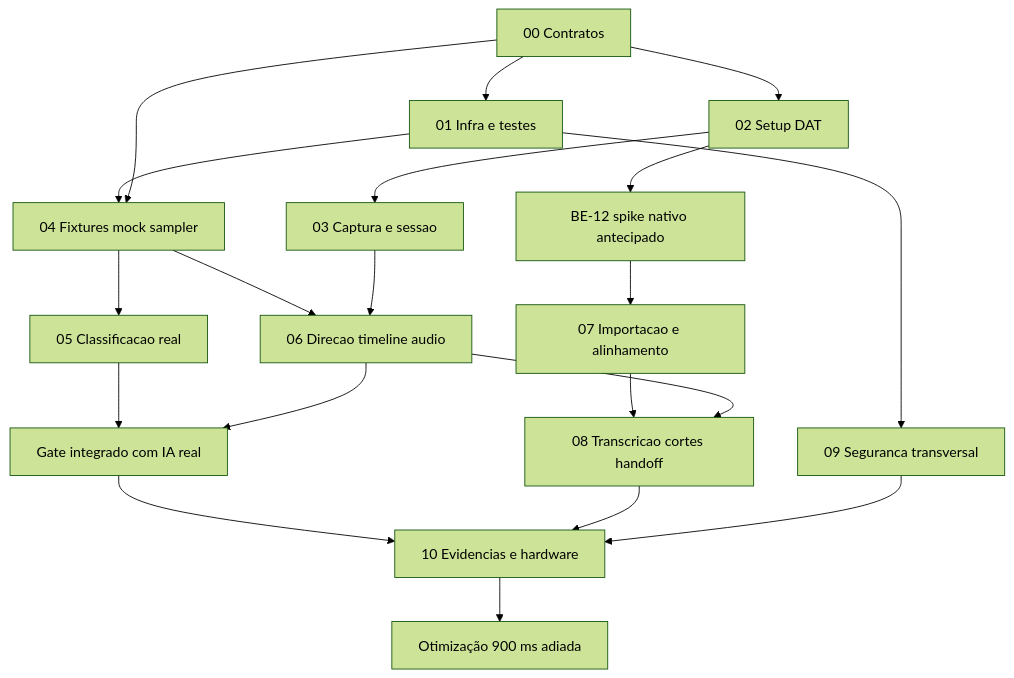
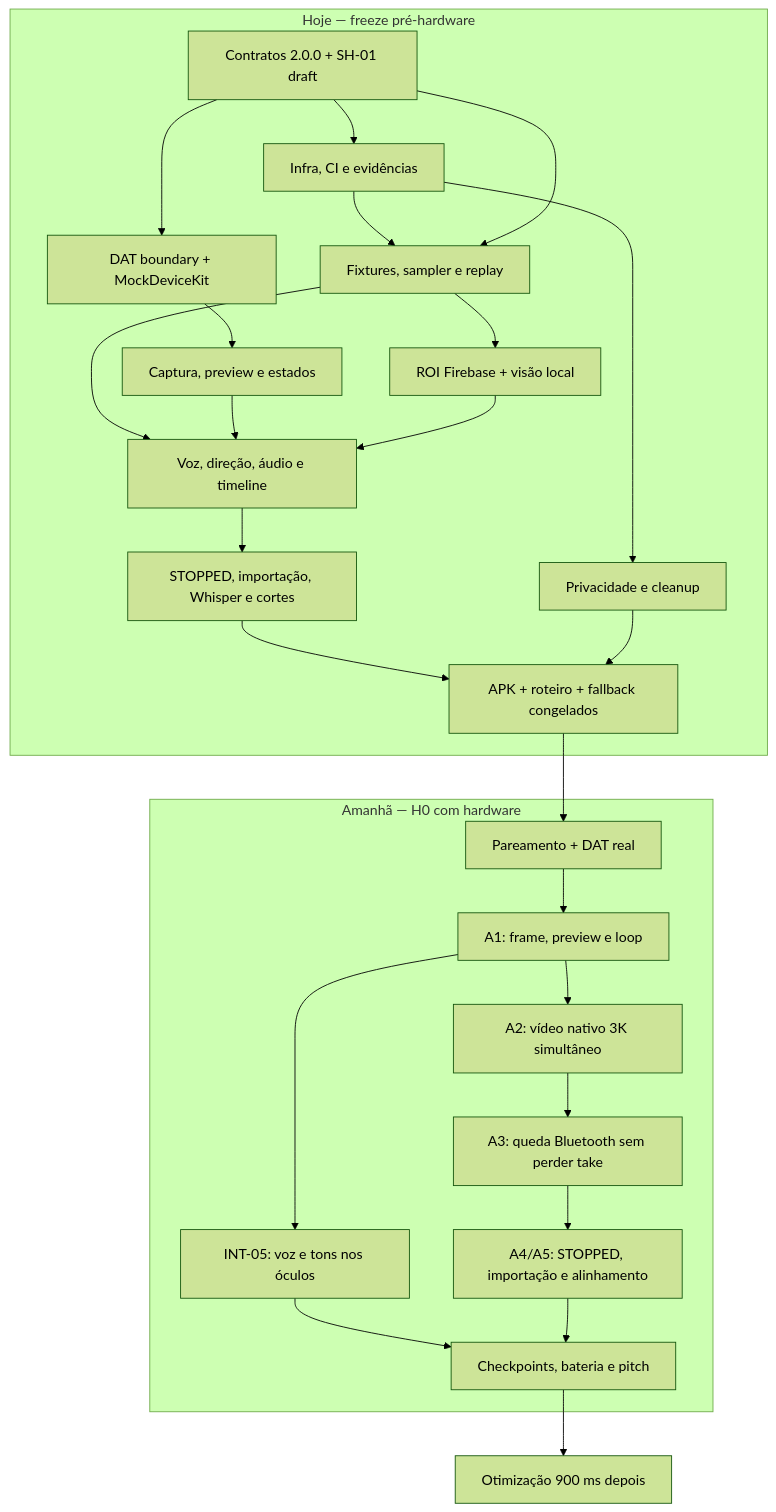
Before and after one commit to albuquerquesz/olivia: the diagram in docs/spec-driven-development/execution-order.mmd, drawn with Mermaid (forest theme). The commit also changed 10 other files, not shown here.

Commit message:
feat: Add pre-hardware freeze and SDD docs

```diff
--- a/docs/spec-driven-development/execution-order.mmd
+++ b/docs/spec-driven-development/execution-order.mmd
@@ -1,20 +1,27 @@
 flowchart TD
-  C[00 Contratos] --> I[01 Infra e testes]
-  C --> D[02 Setup DAT]
-  D --> S[03 Captura e sessao]
-  I --> F[04 Fixtures mock sampler]
-  C --> F
-  F --> A[05 Classificacao real]
-  F --> G[06 Direcao timeline audio]
-  S --> G
-  A --> Live[Gate integrado com IA real]
-  G --> Live
-  D --> Spike[BE-12 spike nativo antecipado]
-  Spike --> R[07 Importacao e alinhamento]
-  R --> P[08 Transcricao cortes handoff]
-  G --> P
-  I --> Sec[09 Seguranca transversal]
-  Live --> E[10 Evidencias e hardware]
-  P --> E
-  Sec --> E
-  E --> O[Otimização 900 ms adiada]
+  subgraph Hoje[Hoje — freeze pré-hardware]
+    C[Contratos 2.0.0 + SH-01 draft] --> I[Infra, CI e evidências]
+    C --> D[DAT boundary + MockDeviceKit]
+    D --> S[Captura, preview e estados]
+    I --> F[Fixtures, sampler e replay]
+    C --> F
+    F --> A[ROI Firebase + visão local]
+    F --> G[Voz, direção, áudio e timeline]
+    S --> G
+    A --> G
+    G --> P[STOPPED, importação, Whisper e cortes]
+    I --> Sec[Privacidade e cleanup]
+    P --> Freeze[APK + roteiro + fallback congelados]
+    Sec --> Freeze
+  end
+  subgraph Amanha[Amanhã — H0 com hardware]
+    Freeze --> Pair[Pareamento + DAT real]
+    Pair --> Camera[A1: frame, preview e loop]
+    Camera --> Audio[INT-05: voz e tons nos óculos]
+    Camera --> Native[A2: vídeo nativo 3K simultâneo]
+    Native --> Drop[A3: queda Bluetooth sem perder take]
+    Drop --> Import[A4/A5: STOPPED, importação e alinhamento]
+    Audio --> Check[Checkpoints, bateria e pitch]
+    Import --> Check
+  end
+  Check --> O[Otimização 900 ms depois]
```
